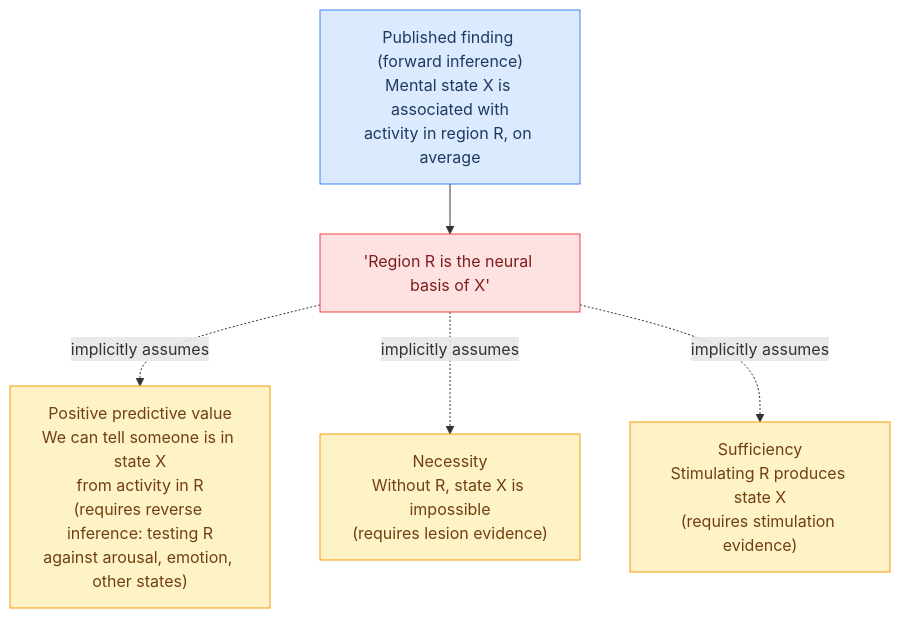
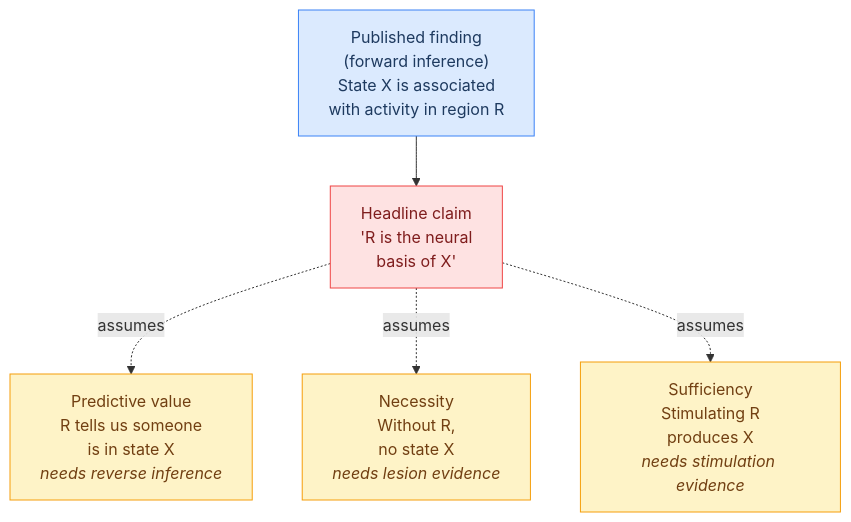
One commit to torwager/elements-of-fmri-tutorials changed the first of 3 diagrams in part2/ch10-why-imaging-is-not-phrenology.md. Above: the diagram before and after it, drawn with Mermaid. The commit also changed other lines of this file and 64 other files, not shown here.

First line of the commit message:
Polish batch A (ch 1-21): equation where-lines + hover tooltips, verbose comments, example outputs, resource links, figure rights + fixes, mermaid cleanup

````diff
--- a/part2/ch10-why-imaging-is-not-phrenology.md
+++ b/part2/ch10-why-imaging-is-not-phrenology.md
@@ -44,12 +45,12 @@
 ```{mermaid}
 flowchart TD
-    A["Published finding (forward inference)<br/>Mental state X is associated with<br/>activity in region R, on average"] --> B["'Region R is the neural basis of X'"]
-    B -.->|implicitly assumes| C["Positive predictive value<br/>We can tell someone is in state X<br/>from activity in R<br/>(requires reverse inference: testing R<br/>against arousal, emotion, other states)"]
-    B -.->|implicitly assumes| D["Necessity<br/>Without R, state X is impossible<br/>(requires lesion evidence)"]
-    B -.->|implicitly assumes| E["Sufficiency<br/>Stimulating R produces state X<br/>(requires stimulation evidence)"]
+    A["Published finding<br/>(forward inference)<br/>State X is associated<br/>with activity in region R"] --> B["Headline claim<br/>'R is the neural<br/>basis of X'"]
+    B -.->|assumes| C["Predictive value<br/>R tells us someone<br/>is in state X<br/><i>needs reverse inference</i>"]
+    B -.->|assumes| D["Necessity<br/>Without R,<br/>no state X<br/><i>needs lesion evidence</i>"]
+    B -.->|assumes| E["Sufficiency<br/>Stimulating R<br/>produces X<br/><i>needs stimulation evidence</i>"]
     style A fill:#dbeafe,stroke:#3b82f6,color:#1e3a5f
     style B fill:#fee2e2,stroke:#ef4444,color:#7f1d1d
     style C fill:#fef3c7,stroke:#f59e0b,color:#713f12
     style D fill:#fef3c7,stroke:#f59e0b,color:#713f12
     style E fill:#fef3c7,stroke:#f59e0b,color:#713f12
 ```
````
